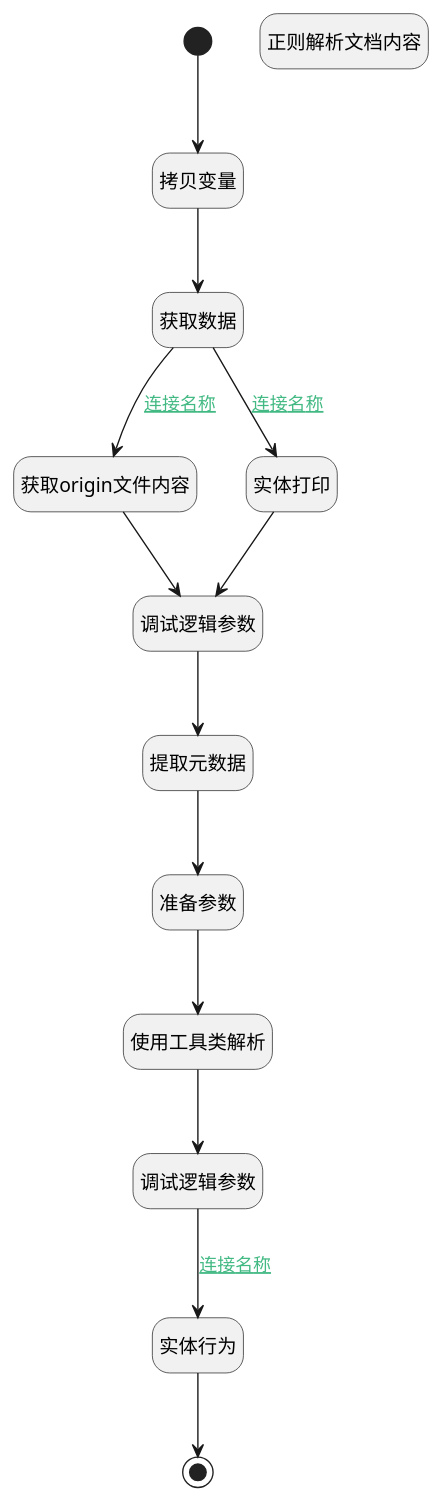
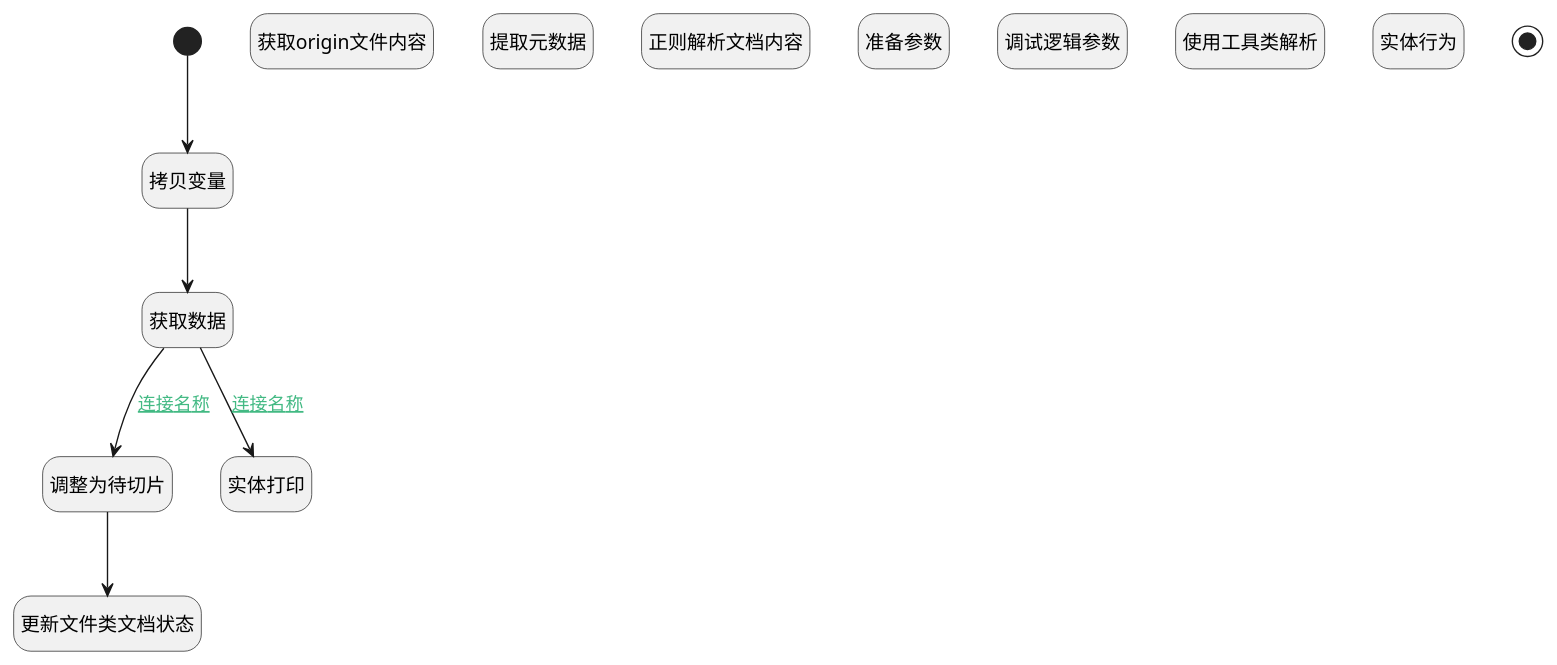
One commit to iBizLab/plm changed the diagram in doc/docsify/module/ai/ai_kb_document/logic/parse.md. Above: the diagram before and after it, drawn with PlantUML. The commit also changed other lines of this file and 2903 other files, not shown here.

````diff
--- a/doc/docsify/module/ai/ai_kb_document/logic/parse.md
+++ b/doc/docsify/module/ai/ai_kb_document/logic/parse.md
@@ -7,41 +7,35 @@
 ```plantuml
 @startuml
 hide empty description
 <style>
 root {
   HyperlinkColor #42b983
 }
 </style>
 
 hide empty description
 state "开始" as Begin <<start>> [[$./parse#begin {"开始"}]]
+state "调整为待切片" as PREPAREPARAM_03  [[$./parse#prepareparam_03 {"调整为待切片"}]]
+state "更新文件类文档状态" as DEACTION_04  [[$./parse#deaction_04 {"更新文件类文档状态"}]]
 state "拷贝变量" as PREPAREPARAM_02  [[$./parse#prepareparam_02 {"拷贝变量"}]]
 state "获取数据" as DEACTION_01  [[$./parse#deaction_01 {"获取数据"}]]
 state "获取origin文件内容" as RAWSFCODE_01  [[$./parse#rawsfcode_01 {"获取origin文件内容"}]]
-state "调试逻辑参数" as DEBUGPARAM_01  [[$./parse#debugparam_01 {"调试逻辑参数"}]]
 state "提取元数据" as DEACTION_03  [[$./parse#deaction_03 {"提取元数据"}]]
 state "实体打印" as RAWSFCODE_03  [[$./parse#rawsfcode_03 {"实体打印"}]]
 state "正则解析文档内容" as RAWSFCODE_02  [[$./parse#rawsfcode_02 {"正则解析文档内容"}]]
 state "准备参数" as PREPAREPARAM_01  [[$./parse#prepareparam_01 {"准备参数"}]]
 state "调试逻辑参数" as DEBUGPARAM_02  [[$./parse#debugparam_02 {"调试逻辑参数"}]]
 state "使用工具类解析" as RAWSFCODE_04  [[$./parse#rawsfcode_04 {"使用工具类解析"}]]
 state "实体行为" as DEACTION_02  [[$./parse#deaction_02 {"实体行为"}]]
 state "结束" as END_01 <<end>> [[$./parse#end_01 {"结束"}]]
 
 
 Begin --> PREPAREPARAM_02
 PREPAREPARAM_02 --> DEACTION_01
 DEACTION_01 --> RAWSFCODE_03 : [[$./parse#deaction_01-rawsfcode_03{连接名称} 连接名称]]
-RAWSFCODE_03 --> DEBUGPARAM_01
-DEBUGPARAM_01 --> DEACTION_03
-DEACTION_03 --> PREPAREPARAM_01
-PREPAREPARAM_01 --> RAWSFCODE_04
-RAWSFCODE_04 --> DEBUGPARAM_02
-DEBUGPARAM_02 --> DEACTION_02 : [[$./parse#debugparam_02-deaction_02{连接名称} 连接名称]]
-DEACTION_02 --> END_01
-DEACTION_01 --> RAWSFCODE_01 : [[$./parse#deaction_01-rawsfcode_01{连接名称} 连接名称]]
-RAWSFCODE_01 --> DEBUGPARAM_01
+DEACTION_01 --> PREPAREPARAM_03 : [[$./parse#deaction_01-prepareparam_03{连接名称} 连接名称]]
+PREPAREPARAM_03 --> DEACTION_04
 
 
 @enduml
 ```
````
